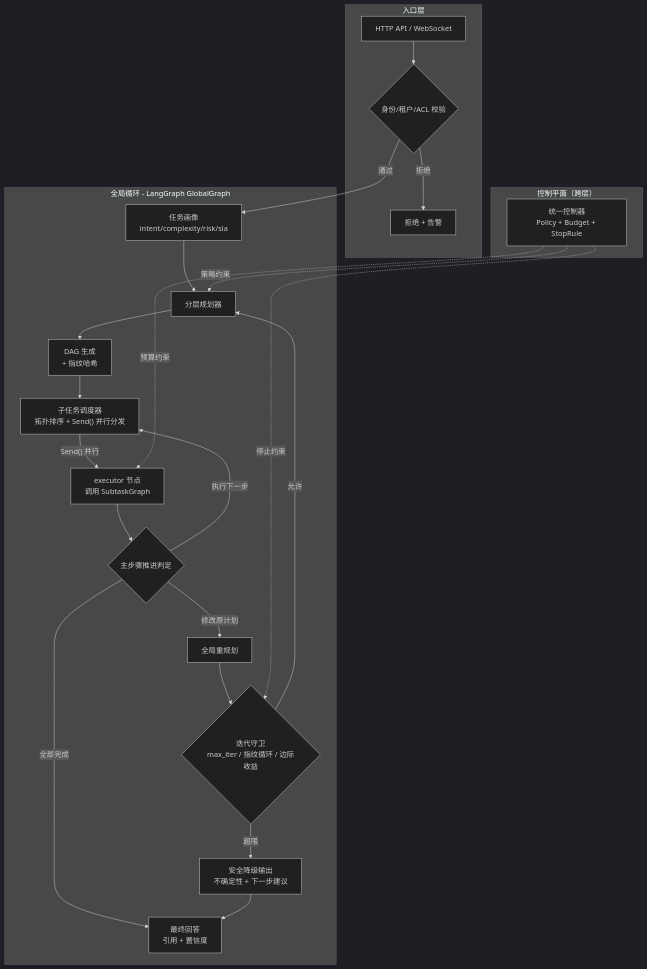
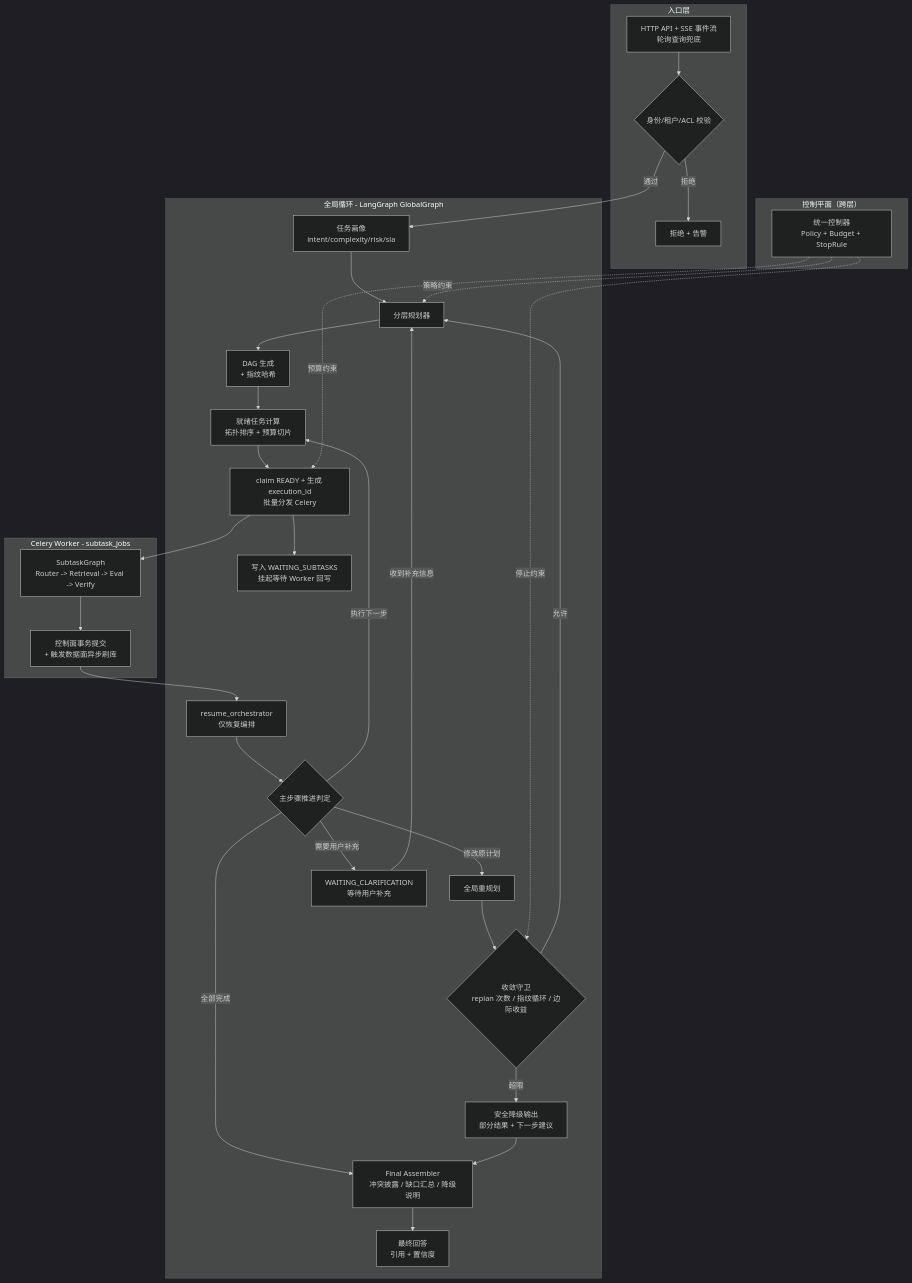
The first of 6 diagrams in src/learning_common_lib/案例/用户AgenticRAG检索/架构设计规划.md (kkk935208447/learning_common_lib), drawn with Mermaid (dark theme) before and after one commit. The commit also changed other lines of this file and 3 other files, not shown here.

````diff
--- a/src/learning_common_lib/案例/用户AgenticRAG检索/架构设计规划.md
+++ b/src/learning_common_lib/案例/用户AgenticRAG检索/架构设计规划.md
@@ -42,42 +48,53 @@
 ```mermaid
 flowchart TB
     subgraph EntryLayer["入口层"]
-        API["HTTP API / WebSocket"]
+        API["HTTP API + SSE 事件流<br/>轮询查询兜底"]
         Auth{"身份/租户/ACL 校验"}
         Denied["拒绝 + 告警"]
     end
 
     subgraph ControlPlane["控制平面（跨层）"]
         Ctrl["统一控制器<br/>Policy + Budget + StopRule"]
     end
 
     subgraph GlobalLoop["全局循环 - LangGraph GlobalGraph"]
         Intake["任务画像<br/>intent/complexity/risk/sla"]
         Planner["分层规划器"]
         DAG["DAG 生成<br/>+ 指纹哈希"]
-        Scheduler["子任务调度器<br/>拓扑排序 + Send() 并行分发"]
-        Executor["executor 节点<br/>调用 SubtaskGraph"]
+        Scheduler["就绪任务计算<br/>拓扑排序 + 预算切片"]
+        Executor["claim READY + 生成 execution_id<br/>批量分发 Celery"]
+        Pause["写入 WAITING_SUBTASKS<br/>挂起等待 Worker 回写"]
+        Resume["resume_orchestrator<br/>仅恢复编排"]
         StepGate{"主步骤推进判定"}
         GlobalReplan["全局重规划"]
-        LoopGuard{"迭代守卫<br/>max_iter / 指纹循环 / 边际收益"}
-        Fallback["安全降级输出<br/>不确定性 + 下一步建议"]
+        LoopGuard{"收敛守卫<br/>replan 次数 / 指纹循环 / 边际收益"}
+        WaitClarify["WAITING_CLARIFICATION<br/>等待用户补充"]
+        Finalize["Final Assembler<br/>冲突披露 / 缺口汇总 / 降级说明"]
+        Fallback["安全降级输出<br/>部分结果 + 下一步建议"]
         Output["最终回答<br/>引用 + 置信度"]
+    end
+
+    subgraph WorkerLane["Celery Worker - subtask_jobs"]
+        SubtaskGraph["SubtaskGraph<br/>Router -> Retrieval -> Eval -> Verify"]
+        Persist["控制面事务提交<br/>+ 触发数据面异步刷库"]
     end
 
     API --> Auth
     Auth -- "拒绝" --> Denied
     Auth -- "通过" --> Intake
     Intake --> Planner --> DAG --> Scheduler
-    Scheduler -- "Send() 并行" --> Executor
-    Executor --> StepGate
+    Scheduler --> Executor --> Pause
+    Executor --> SubtaskGraph --> Persist --> Resume --> StepGate
     StepGate -- "执行下一步" --> Scheduler
+    StepGate -- "需要用户补充" --> WaitClarify
+    WaitClarify -- "收到补充信息" --> Planner
     StepGate -- "修改原计划" --> GlobalReplan
-    StepGate -- "全部完成" --> Output
+    StepGate -- "全部完成" --> Finalize --> Output
     GlobalReplan --> LoopGuard
     LoopGuard -- "允许" --> Planner
-    LoopGuard -- "超限" --> Fallback --> Output
+    LoopGuard -- "超限" --> Fallback --> Finalize
 
     Ctrl -. "策略约束" .-> Planner
     Ctrl -. "预算约束" .-> Executor
     Ctrl -. "停止约束" .-> LoopGuard
 ```
````
